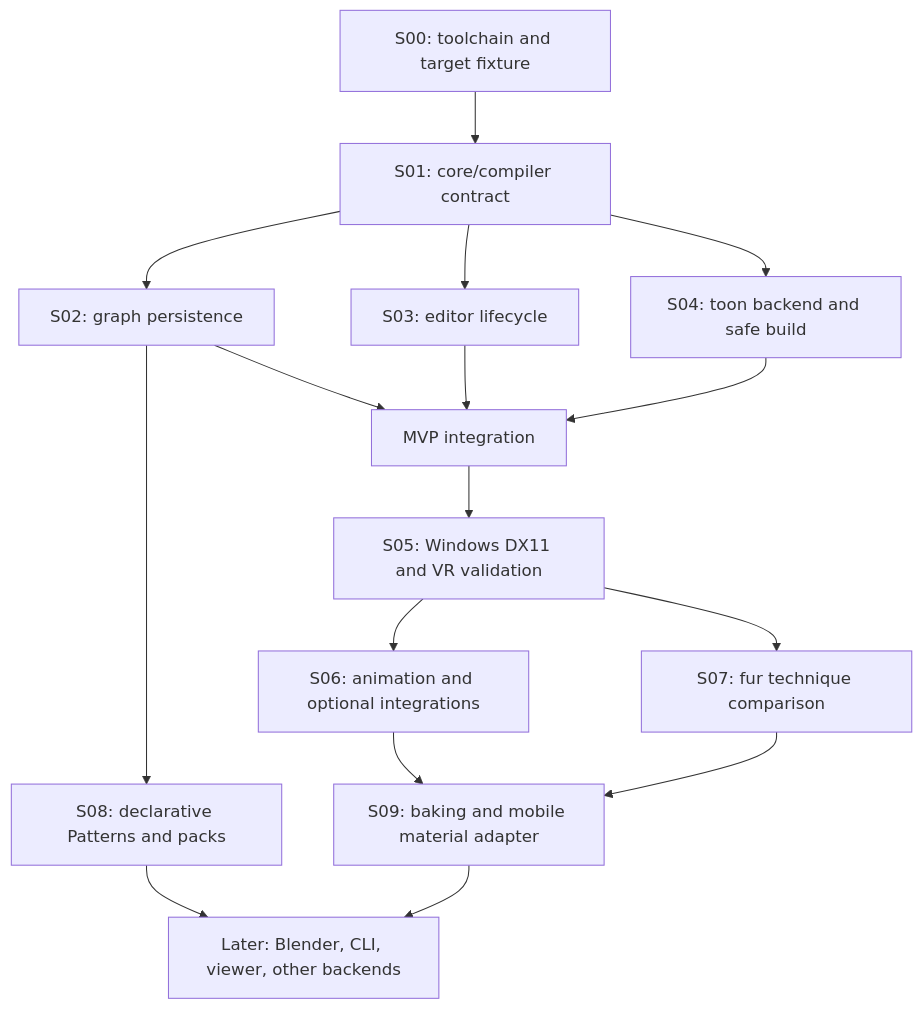
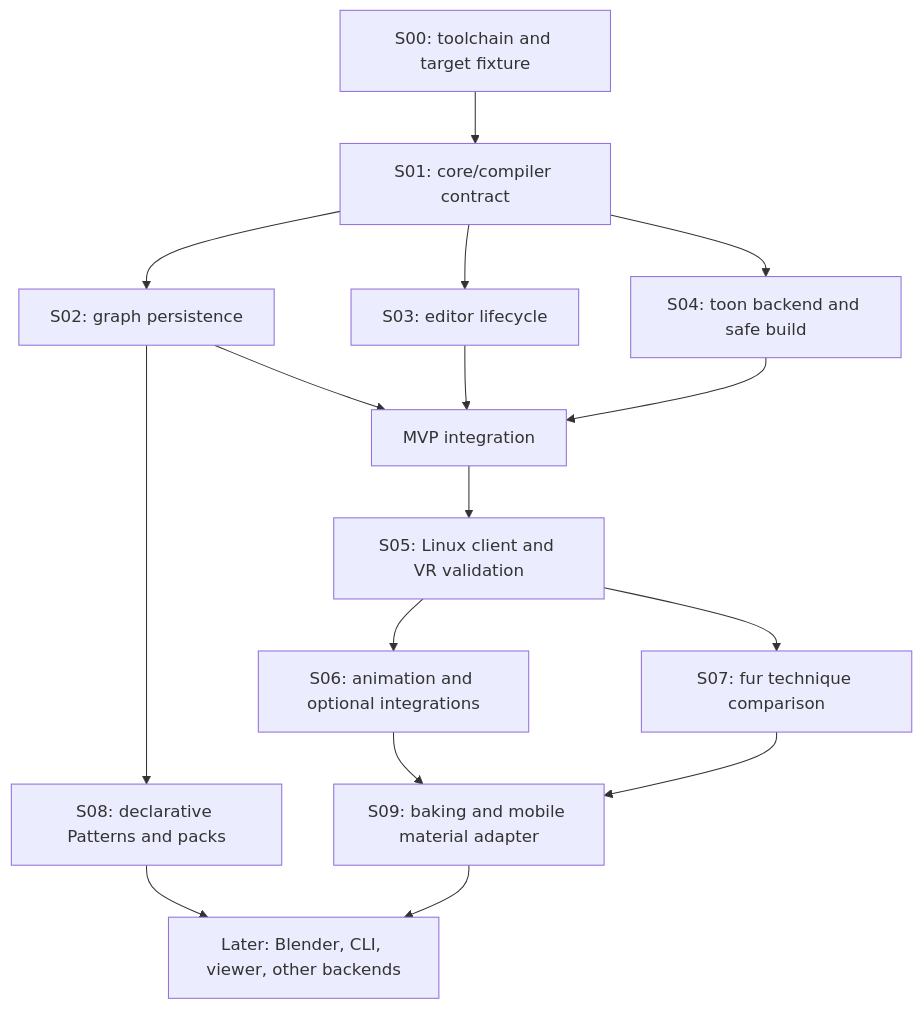
The diagram in docs/IMPLEMENTATION_PLAN.md (nerdrx/nxsg), drawn with Mermaid before and after one commit. The commit also changed other lines of this file and 10 other files, not shown here.

````diff
--- a/docs/IMPLEMENTATION_PLAN.md
+++ b/docs/IMPLEMENTATION_PLAN.md
@@ -9,18 +11,18 @@
 ```mermaid
 flowchart TD
     S00["S00: toolchain and target fixture"] --> S01["S01: core/compiler contract"]
     S01 --> S02["S02: graph persistence"]
     S01 --> S03["S03: editor lifecycle"]
     S01 --> S04["S04: toon backend and safe build"]
     S02 --> MVP["MVP integration"]
     S03 --> MVP
     S04 --> MVP
-    MVP --> S05["S05: Windows DX11 and VR validation"]
+    MVP --> S05["S05: Linux client and VR validation"]
     S05 --> S06["S06: animation and optional integrations"]
     S05 --> S07["S07: fur technique comparison"]
     S02 --> S08["S08: declarative Patterns and packs"]
     S06 --> S09["S09: baking and mobile material adapter"]
     S07 --> S09
     S08 --> LATER["Later: Blender, CLI, viewer, other backends"]
     S09 --> LATER
 ```
````
